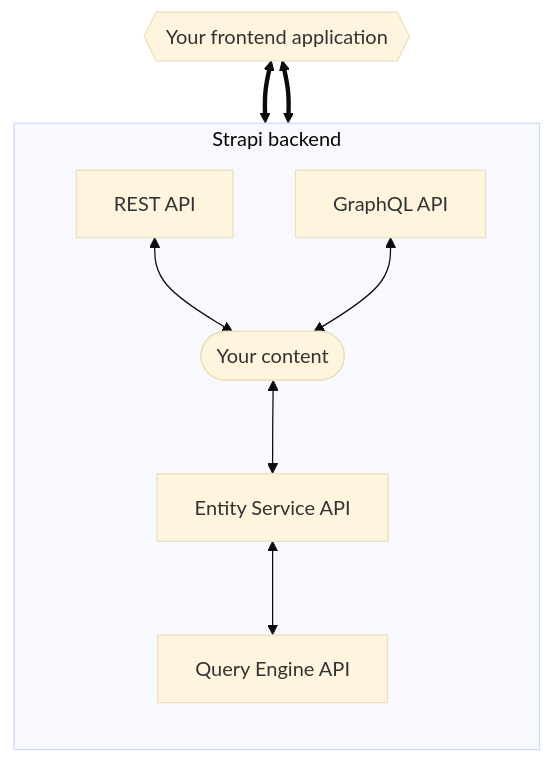
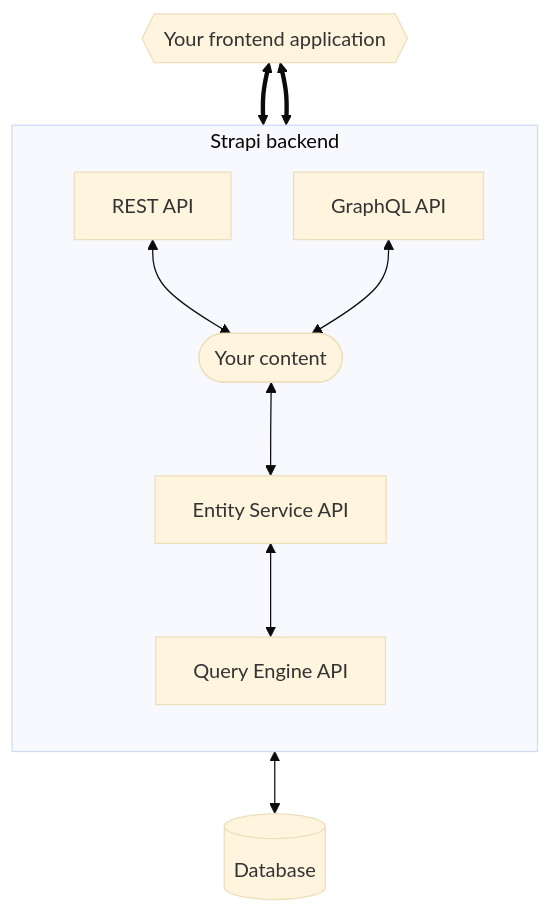
The diagram in docusaurus/docs/dev-docs/api/content-apis.md (strapi/documentation), drawn with Mermaid (base theme) before and after one commit. The commit also changed other lines of this file, not shown here.

````diff
--- a/docusaurus/docs/dev-docs/api/content-apis.md
+++ b/docusaurus/docs/dev-docs/api/content-apis.md
@@ -20,16 +22,17 @@
 ```mermaid
   flowchart BT
+      database[(Database)] <--> queryEngine[Query Engine API]
       subgraph Strapi backend
           direction BT
-          queryEngine[Query Engine API] <--> entityService[Entity Service API]
+          queryEngine <--> entityService[Entity Service API]
           entityService <--> content([Your content])
           content <--> rest[REST API]
           content <--> graphql[GraphQL API]
       end
       rest <==> frontend{{Your frontend application}}
       graphql <==> frontend
       click rest "/dev-docs/api/rest"
       click graphql "/dev-docs/api/graphql"
       click entityService "/dev-docs/api/entity-service"
       click queryEngine "/dev-docs/api/query-engine"
 ```
````
